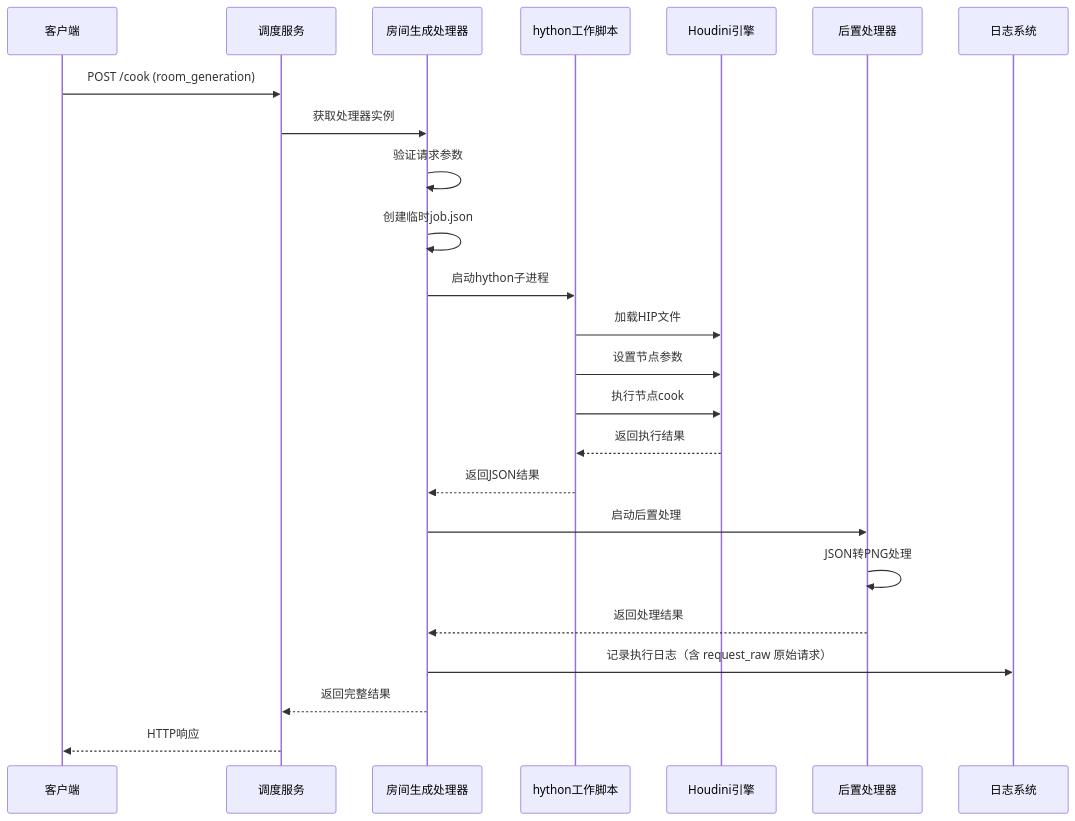
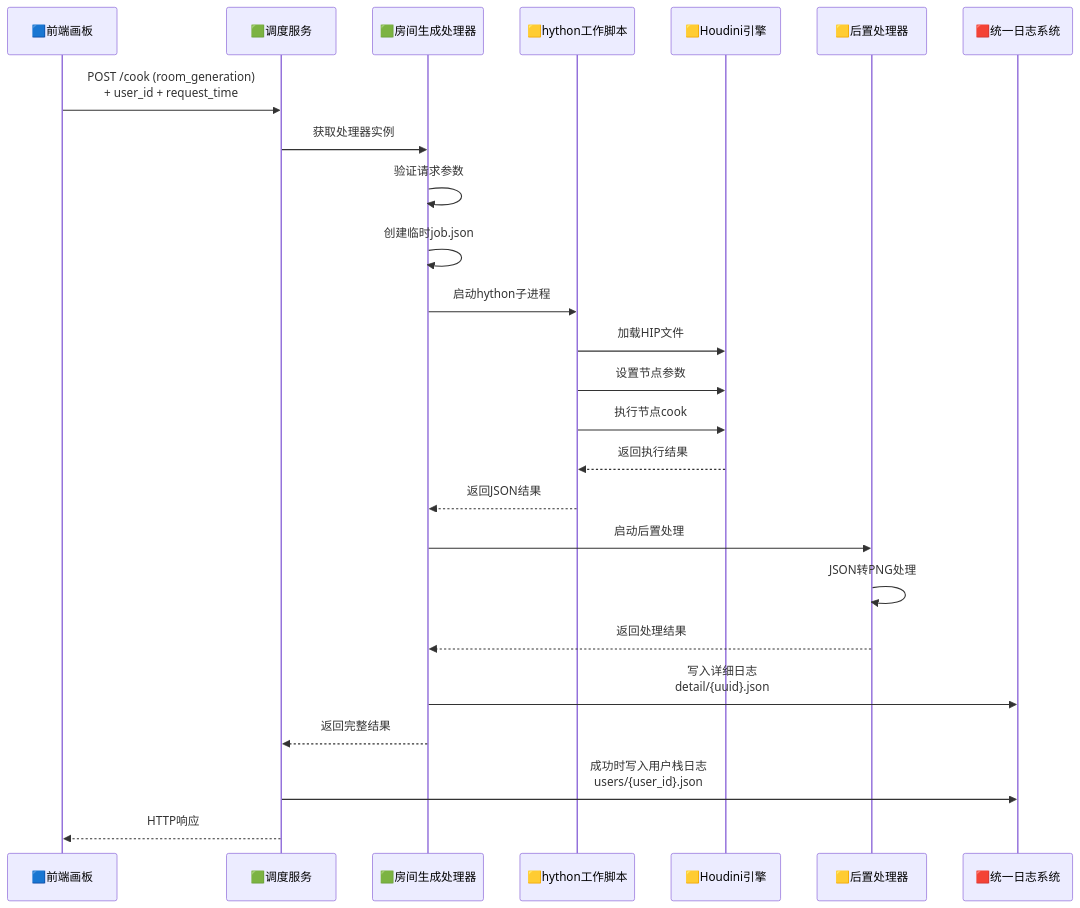
The third of 8 diagrams in Houdini后端服务架构笔记.md (NTOM/piskel2Houdini), drawn with Mermaid before and after one commit. The commit also changed other lines of this file and 9 other files, not shown here.

````diff
--- a/Houdini后端服务架构笔记.md
+++ b/Houdini后端服务架构笔记.md
@@ -234,27 +254,28 @@
 ```mermaid
 sequenceDiagram
-    participant Client as 客户端
-    participant Dispatcher as 调度服务
-    participant Processor as 房间生成处理器
-    participant Hython as hython工作脚本
-    participant Houdini as Houdini引擎
-    participant PostProc as 后置处理器
-    participant Log as 日志系统
+    participant Client as 🟦前端画板
+    participant Dispatcher as 🟩调度服务
+    participant Processor as 🟩房间生成处理器
+    participant Hython as 🟨hython工作脚本
+    participant Houdini as 🟨Houdini引擎
+    participant PostProc as 🟨后置处理器
+    participant LogSystem as 🟥统一日志系统
 
-    Client->>Dispatcher: POST /cook (room_generation)
+    Client->>Dispatcher: POST /cook (room_generation)<br/>+ user_id + request_time
     Dispatcher->>Processor: 获取处理器实例
     Processor->>Processor: 验证请求参数
     Processor->>Processor: 创建临时job.json
     Processor->>Hython: 启动hython子进程
     Hython->>Houdini: 加载HIP文件
     Hython->>Houdini: 设置节点参数
     Hython->>Houdini: 执行节点cook
     Houdini-->>Hython: 返回执行结果
     Hython-->>Processor: 返回JSON结果
     Processor->>PostProc: 启动后置处理
     PostProc->>PostProc: JSON转PNG处理
     PostProc-->>Processor: 返回处理结果
-    Processor->>Log: 记录执行日志（含 request_raw 原始请求）
+    Processor->>LogSystem: 写入详细日志<br/>detail/{uuid}.json
     Processor-->>Dispatcher: 返回完整结果
+    Dispatcher->>LogSystem: 成功时写入用户栈日志<br/>users/{user_id}.json
     Dispatcher-->>Client: HTTP响应
 ```
````
